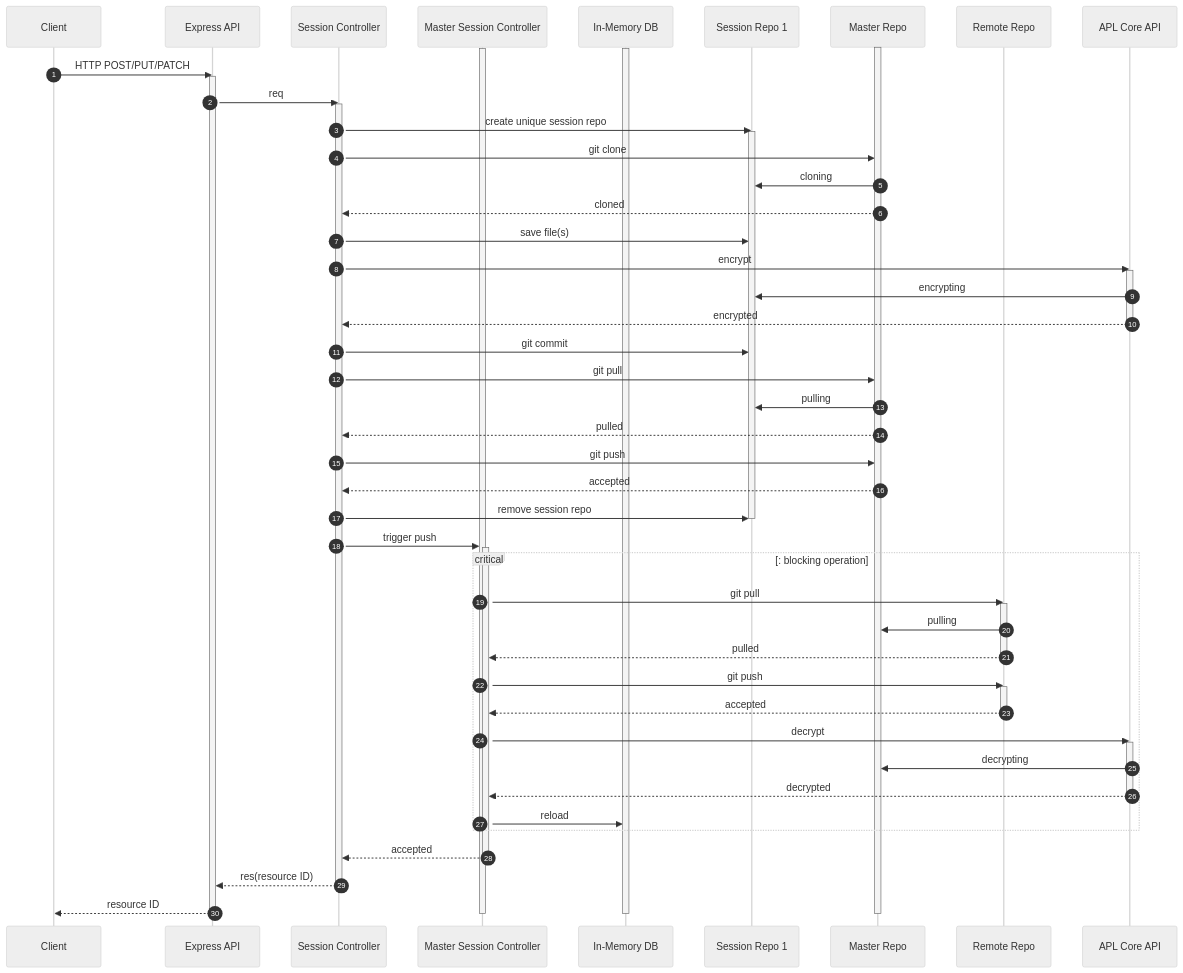
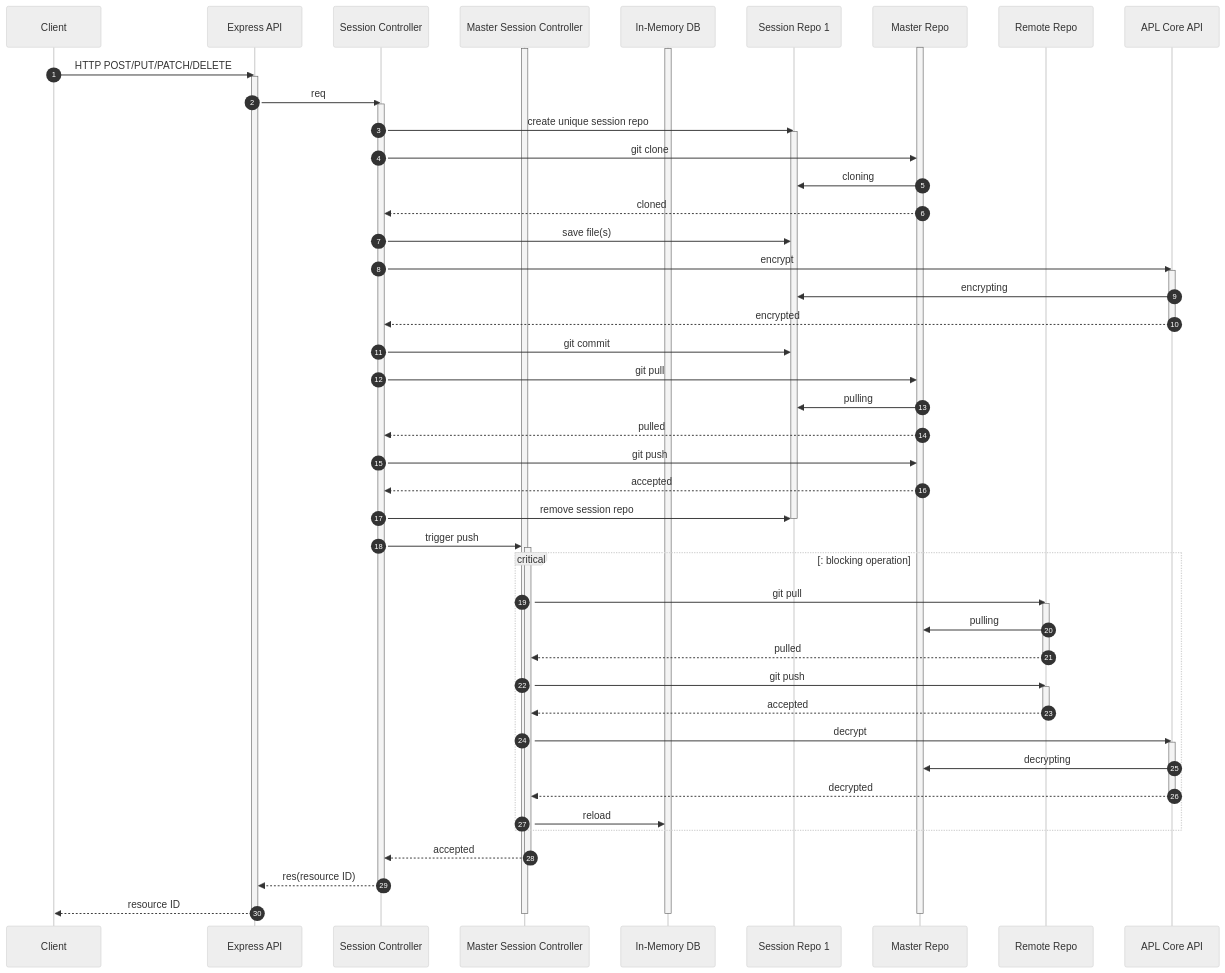
One commit to linode/apl-api changed the first of 2 diagrams in docs/gitops.md. Above: the diagram before and after it, drawn with Mermaid (neutral theme).

Commit message:
docs: add DELETE method

````diff
--- a/docs/gitops.md
+++ b/docs/gitops.md
@@ -9,68 +9,68 @@
 ```mermaid
 sequenceDiagram
     autonumber
     participant Client as Client
     participant API as Express API
     participant SC as Session Controller
     participant MC as Master Session Controller
     participant IMDB as In-Memory DB
     participant SR as Session Repo 1
     participant MR as Master Repo
     participant RR as Remote Repo
     participant ACA as APL Core API
 
     activate MR
     activate MC
     activate IMDB
-    Client->>API: HTTP POST/PUT/PATCH
+    Client->>API: HTTP POST/PUT/PATCH/DELETE
     activate API
     API->>SC: req
     activate SC
     SC->>SR: create unique session repo
     activate SR
     SC->>MR: git clone
     MR->>SR: cloning
     MR-->>SC: cloned
     SC->>SR: save file(s)
     SC->>ACA: encrypt
     activate ACA
     ACA->>SR: encrypting
     ACA-->>SC: encrypted
     deactivate ACA
     SC->>SR: git commit
     SC->>MR: git pull
     MR->>SR: pulling
     MR-->>SC: pulled
     SC->>MR: git push
     MR-->>SC: accepted
     SC->>SR: remove session repo
     deactivate SR
     SC->>MC: trigger push
     activate MC
     critical: blocking operation
     MC->>RR: git pull
     activate RR
     RR->>MR: pulling
     RR-->>MC: pulled
     deactivate RR
     MC->>RR: git push
     activate RR
     RR-->>MC: accepted
     deactivate RR
     MC->>ACA: decrypt
     activate ACA
     ACA->>MR: decrypting
     ACA-->>MC: decrypted
     deactivate ACA
     MC->>IMDB: reload
     end
     MC-->>SC: accepted
     deactivate MC
     SC-->>API: res(resource ID)
     deactivate SC
     API-->>Client: resource ID
     deactivate API
     deactivate MR
     deactivate MC
     deactivate IMDB
 ```
````
